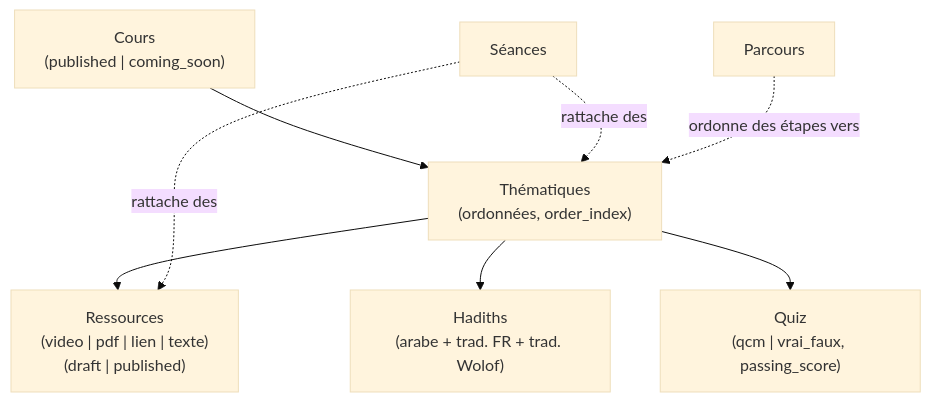
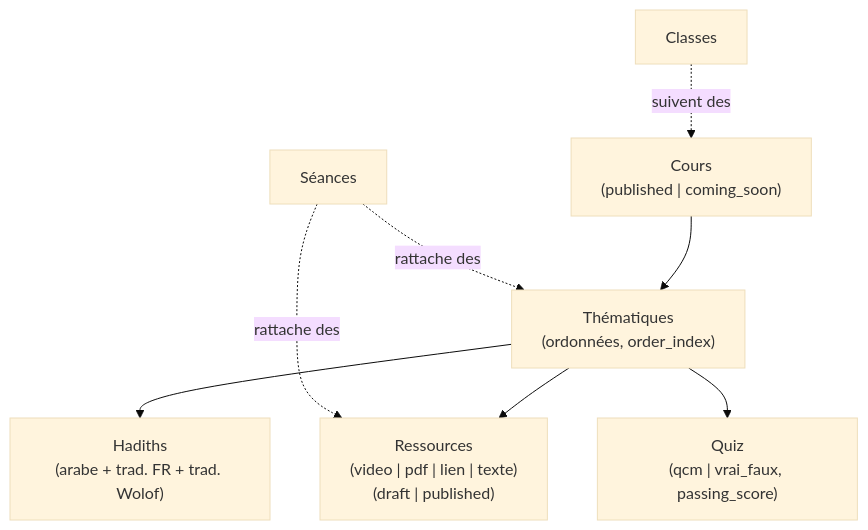
Before and after one commit to ahmadgueye/taalib: the diagram in docs/domain.md, drawn with Mermaid (base theme). The commit also changed other lines of this file and 36 other files, not shown here.

First line of the commit message:
Generate the home roadmap per class and drop parcours

````diff
--- a/docs/domain.md
+++ b/docs/domain.md
@@ -5,10 +5,10 @@
 ```mermaid
 flowchart TD
     Cours["Cours\n(published | coming_soon)"] --> Them["Thématiques\n(ordonnées, order_index)"]
     Them --> Res["Ressources\n(video | pdf | lien | texte)\n(draft | published)"]
     Them --> Had["Hadiths\n(arabe + trad. FR + trad. Wolof)"]
     Them --> Qz["Quiz\n(qcm | vrai_faux, passing_score)"]
     Seance["Séances"] -.rattache des.-> Them
     Seance -.rattache des.-> Res
-    Parc["Parcours"] -.ordonne des étapes vers.-> Them
+    Classe["Classes"] -.suivent des.-> Cours
 ```
````
